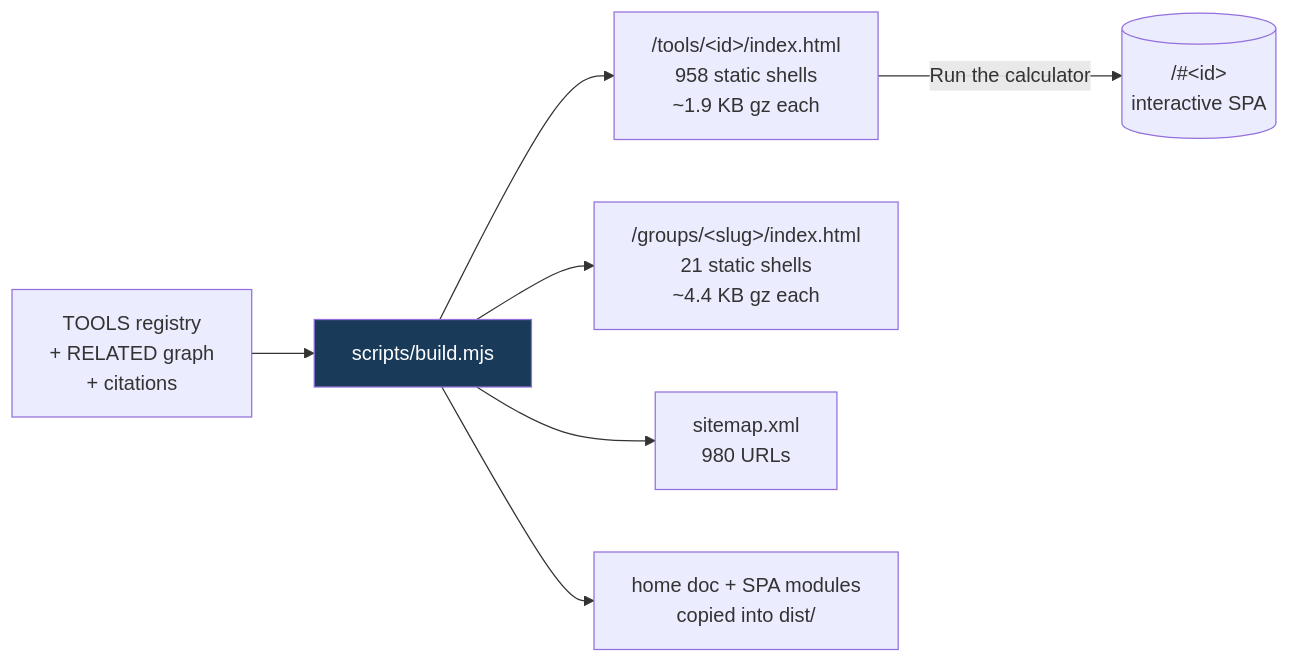
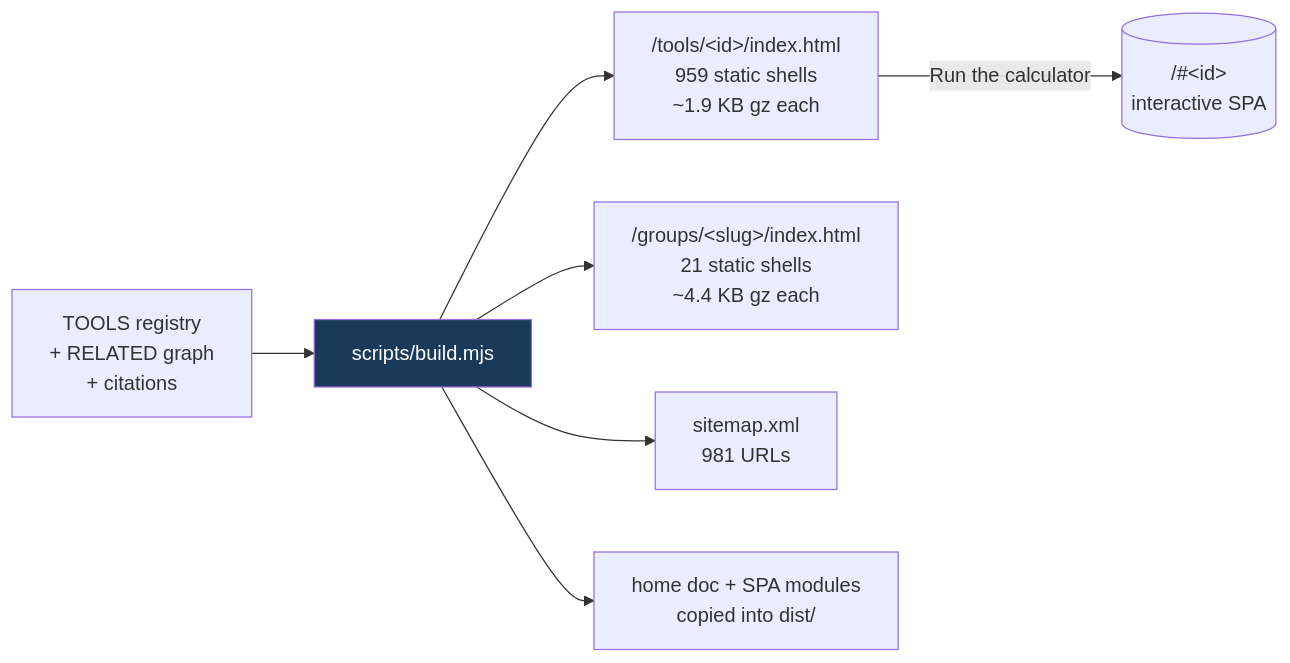
Before and after one commit to clay-good/roughlogic.com: the fifth of 8 diagrams in README.md, drawn with Mermaid. The commit also changed other lines of this file and 12 other files, not shown here.

````diff
--- a/README.md
+++ b/README.md
@@ -495,10 +495,10 @@
 ```mermaid
 flowchart LR
     SRC[TOOLS registry\n+ RELATED graph\n+ citations] --> BUILD[scripts/build.mjs]
-    BUILD --> TILE["/tools/&lt;id&gt;/index.html\n958 static shells\n~1.9 KB gz each"]
+    BUILD --> TILE["/tools/&lt;id&gt;/index.html\n959 static shells\n~1.9 KB gz each"]
     BUILD --> GROUP["/groups/&lt;slug&gt;/index.html\n21 static shells\n~4.4 KB gz each"]
-    BUILD --> MAP["sitemap.xml\n980 URLs"]
+    BUILD --> MAP["sitemap.xml\n981 URLs"]
     BUILD --> COPY[home doc + SPA modules\ncopied into dist/]
     TILE -->|Run the calculator| SPA[("/#&lt;id&gt;\ninteractive SPA")]
     style BUILD fill:#1a3a5a,color:#fff
 ```
````
